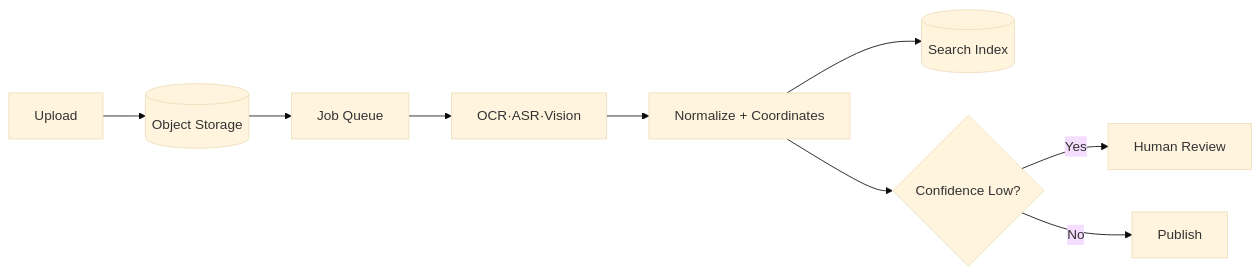
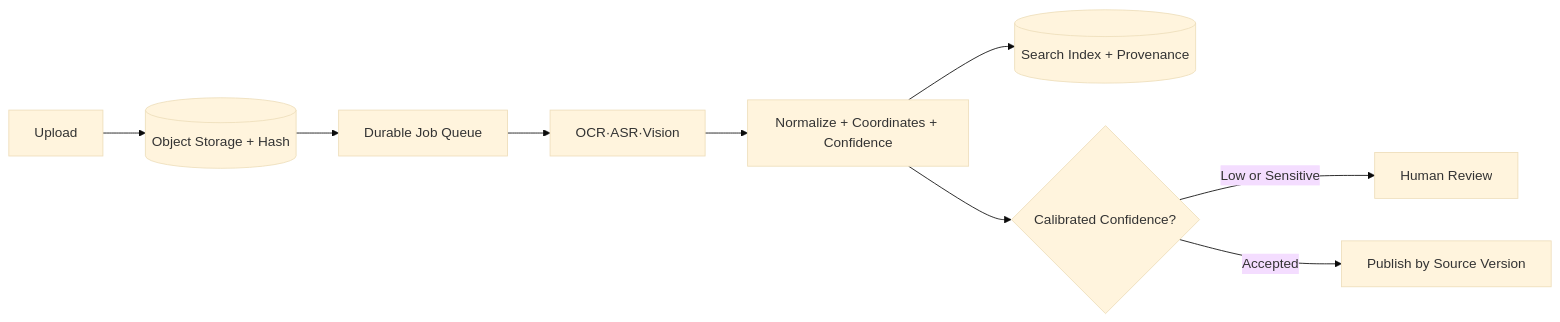
Before and after one commit to hyeongseoblim/systemdesign: the diagram in apps/api/src/main/resources/content/ai-13-multimodal-pipeline-design.md, drawn with Mermaid (base theme). The commit also changed other lines of this file and 96 other files, not shown here.

````diff
--- a/apps/api/src/main/resources/content/ai-13-multimodal-pipeline-design.md
+++ b/apps/api/src/main/resources/content/ai-13-multimodal-pipeline-design.md
@@ -24,11 +24,11 @@
 ```mermaid
 flowchart LR
-    U[Upload] --> O[(Object Storage)]
-    O --> Q[Job Queue]
+    U[Upload] --> O[(Object Storage + Hash)]
+    O --> Q[Durable Job Queue]
     Q --> X[OCR·ASR·Vision]
-    X --> N[Normalize + Coordinates]
-    N --> I[(Search Index)]
-    N --> H{Confidence Low?}
-    H -->|Yes| R[Human Review]
-    H -->|No| P[Publish]
+    X --> N[Normalize + Coordinates + Confidence]
+    N --> I[(Search Index + Provenance)]
+    N --> H{Calibrated Confidence?}
+    H -->|Low or Sensitive| R[Human Review]
+    H -->|Accepted| P[Publish by Source Version]
 ```
````
